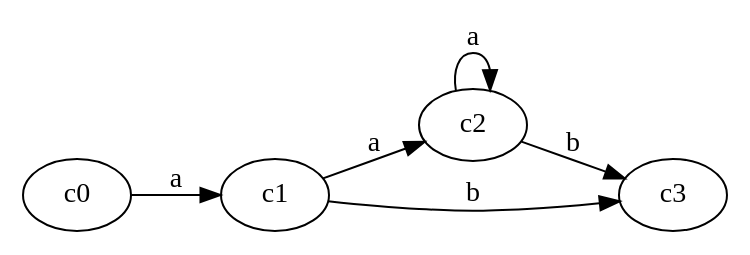
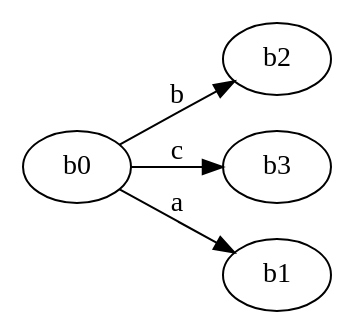
Before and after one commit to rsmith1220/Lab_B: the diagram in process.gv, drawn with Graphviz. The commit also changed 5 other files, not shown here.

```diff
--- a/process.gv
+++ b/process.gv
@@ -1,8 +1,6 @@
 digraph finite_state_machine {
 	rankdir=LR size="8,5"
-	c0 -> c1 [label=a]
-	c1 -> c2 [label=a]
-	c1 -> c3 [label=b]
-	c2 -> c2 [label=a]
-	c2 -> c3 [label=b]
+	b0 -> b2 [label=b]
+	b0 -> b3 [label=c]
+	b0 -> b1 [label=a]
 }
```
